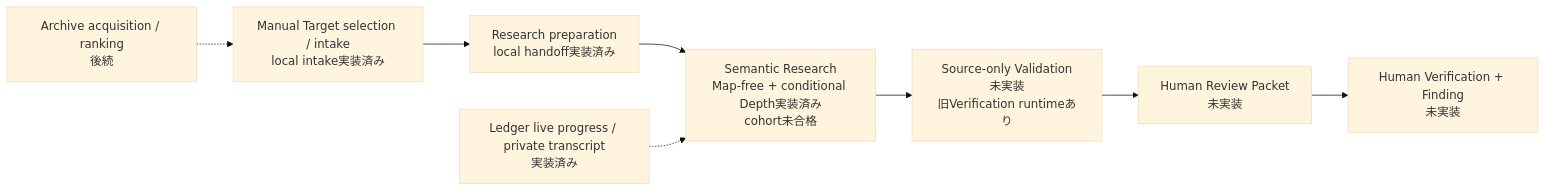
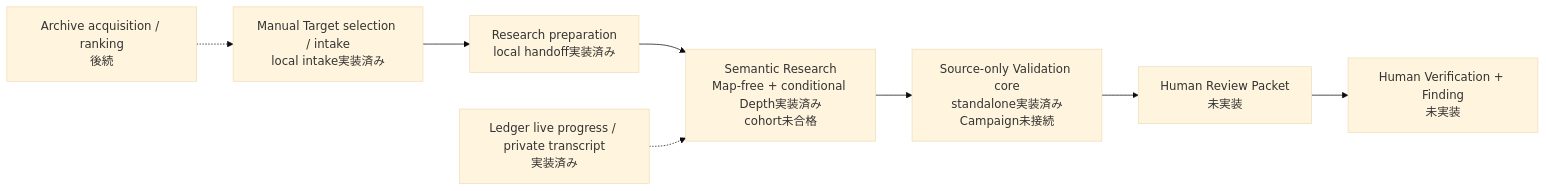
Before and after one commit to momoponwork1415-lgtm/wordpress-harness: the first of 4 diagrams in docs/CODEBASE-GUIDE.md, drawn with Mermaid (base theme). The commit also changed other lines of this file and 16 other files, not shown here.

Commit message:
Implement source validation core

````diff
--- a/docs/CODEBASE-GUIDE.md
+++ b/docs/CODEBASE-GUIDE.md
@@ -25,14 +25,14 @@
 ```mermaid
 flowchart LR
     local["Manual Target selection / intake<br/>local intake実装済み"]
     prepare["Research preparation<br/>local handoff実装済み"]
     research["Semantic Research<br/>Map-free + conditional Depth実装済み<br/>cohort未合格"]
-    validation["Source-only Validation<br/>未実装<br/>旧Verification runtimeあり"]
+    validation["Source-only Validation core<br/>standalone実装済み<br/>Campaign未接続"]
     packet["Human Review Packet<br/>未実装"]
     confirm["Human Verification + Finding<br/>未実装"]
 
     local --> prepare --> research --> validation --> packet --> confirm
 
     auto["Archive acquisition / ranking<br/>後続"] -.-> local
     observe["Ledger live progress / private transcript<br/>実装済み"] -.-> research
 ```
````
